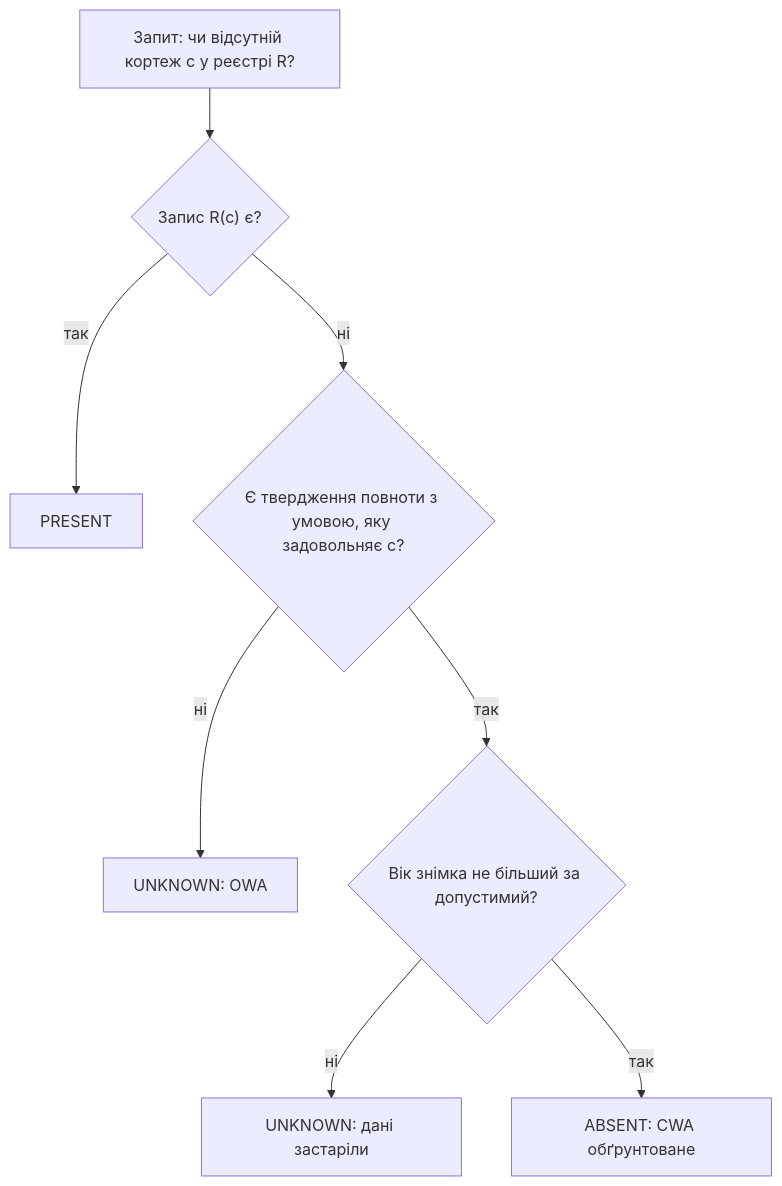
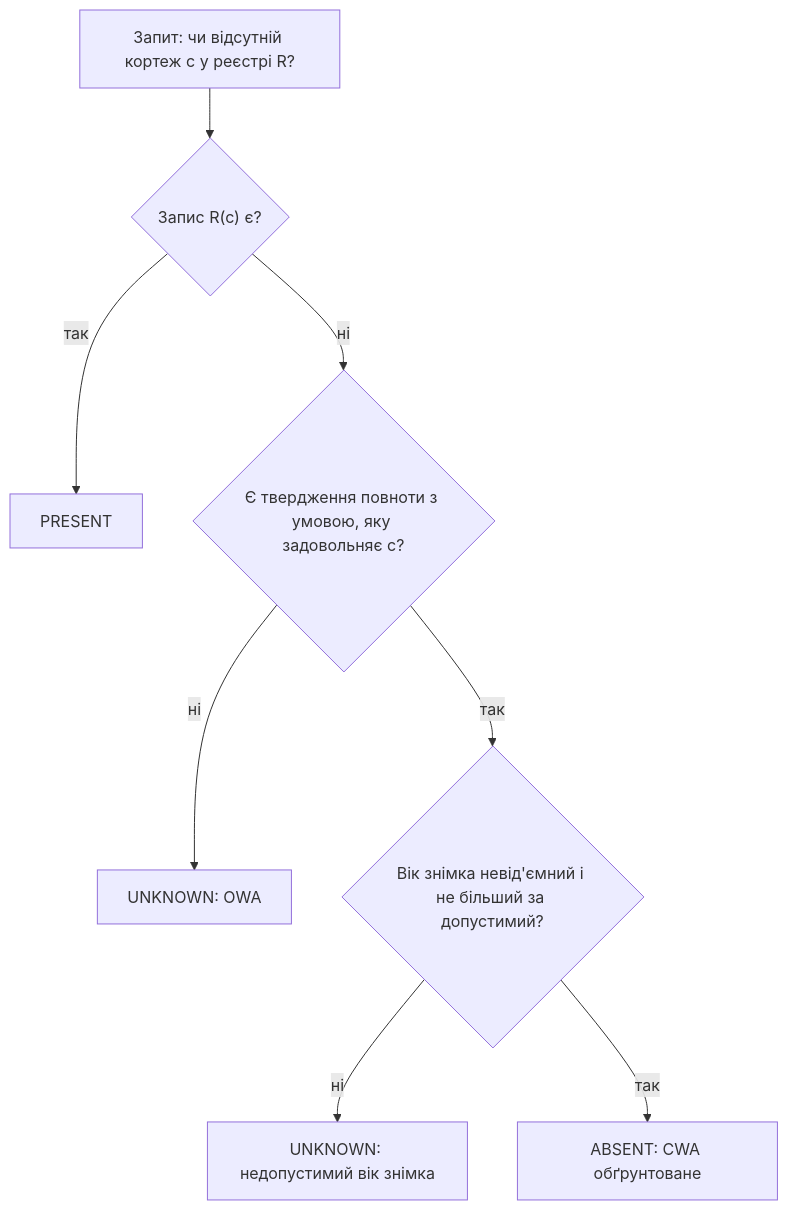
One commit to nick-fedchik/articles changed the sixth of 6 diagrams in Expert_Systems/Volume-1/ch02-logical-foundations.md. Above: the diagram before and after it, drawn with Mermaid. The commit also changed other lines of this file, not shown here.

````diff
--- a/Expert_Systems/Volume-1/ch02-logical-foundations.md
+++ b/Expert_Systems/Volume-1/ch02-logical-foundations.md
@@ -1187,12 +1494,12 @@
 ```mermaid
 flowchart TD
   accTitle: Відповідь на заперечний запит до реєстру
   accDescr: Запит спершу шукає запис у реєстрі, потім перевіряє наявність твердження повноти, що охоплює запит, і актуальність знімка. Результат PRESENT, ABSENT або UNKNOWN.
   Q["Запит: чи відсутній кортеж c у реєстрі R?"] --> F{"Запис R(c) є?"}
   F -- "так" --> P["PRESENT"]
   F -- "ні" --> C{"Є твердження повноти з умовою, яку задовольняє c?"}
   C -- "ні" --> U1["UNKNOWN: OWA"]
-  C -- "так" --> T{"Вік знімка не більший за допустимий?"}
-  T -- "ні" --> U2["UNKNOWN: дані застаріли"]
+  C -- "так" --> T{"Вік знімка невід'ємний і не більший за допустимий?"}
+  T -- "ні" --> U2["UNKNOWN: недопустимий вік знімка"]
   T -- "так" --> A["ABSENT: CWA обґрунтоване"]
 ```
````
